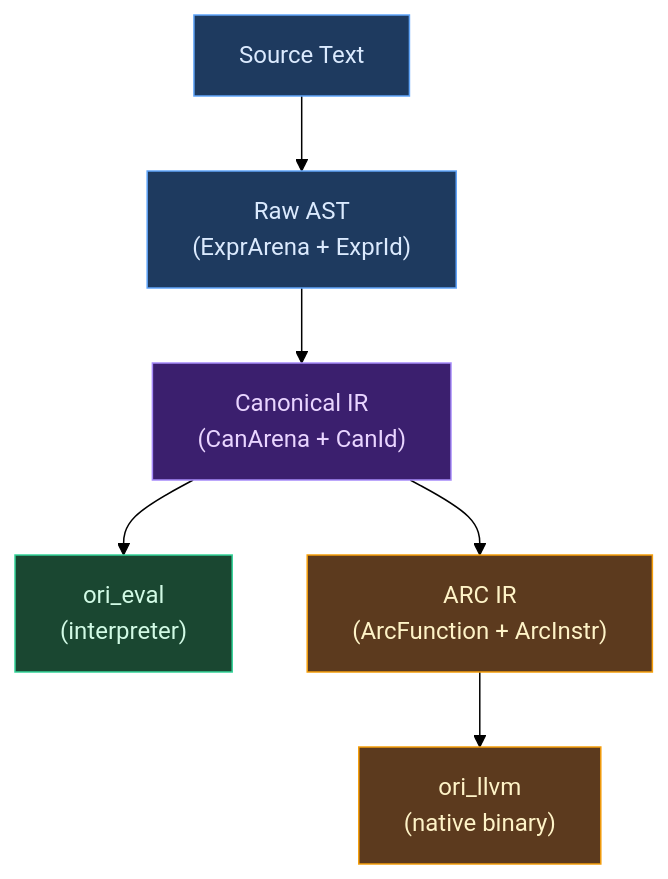
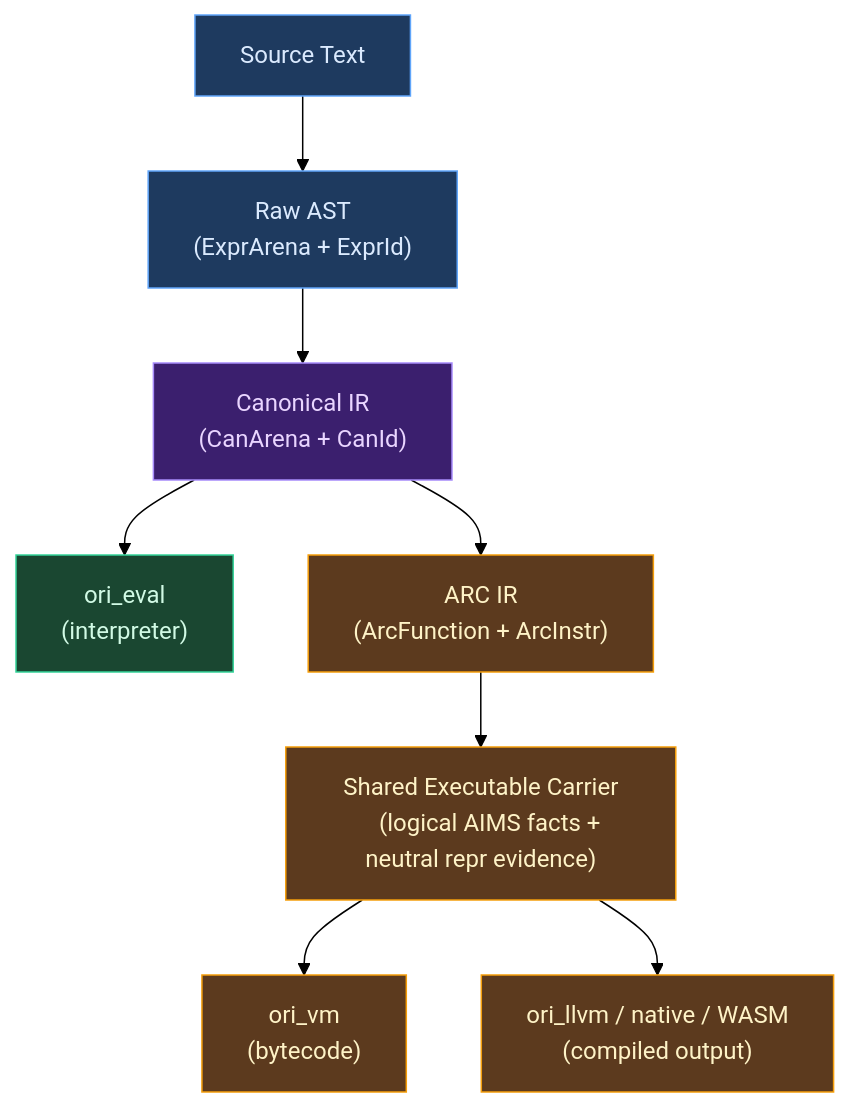
The diagram in docs/compiler/design/02-intermediate-representation/index.md (upstat-io/ori-lang), drawn with Mermaid (forest theme) before and after one commit. The commit also changed other lines of this file and 686 other files, not shown here.

First line of the commit message:
feat(runtime): add shared ownership plans and bytecode VM

````diff
--- a/docs/compiler/design/02-intermediate-representation/index.md
+++ b/docs/compiler/design/02-intermediate-representation/index.md
@@ -114,23 +120,27 @@
 ```mermaid
 flowchart TB
     source["Source Text"] --> ast["Raw AST
     (ExprArena + ExprId)"]
     ast --> canon["Canonical IR
     (CanArena + CanId)"]
     canon --> interp["ori_eval
     (interpreter)"]
     canon --> arc["ARC IR
     (ArcFunction + ArcInstr)"]
-    arc --> llvm["ori_llvm
-    (native binary)"]
+    arc --> exec["Shared Executable Carrier
+    (logical AIMS facts + neutral repr evidence)"]
+    exec --> vm["ori_vm
+    (bytecode)"]
+    exec --> llvm["ori_llvm / native / WASM
+    (compiled output)"]
 
     classDef frontend fill:#1e3a5f,stroke:#60a5fa,color:#dbeafe
     classDef canon fill:#3b1f6e,stroke:#a78bfa,color:#e9d5ff
     classDef interpreter fill:#1a4731,stroke:#34d399,color:#d1fae5
     classDef native fill:#5c3a1e,stroke:#f59e0b,color:#fef3c7
 
     class source,ast frontend
     class canon canon
     class interp interpreter
-    class arc,llvm native
+    class arc,exec,vm,llvm native
 ```
````
